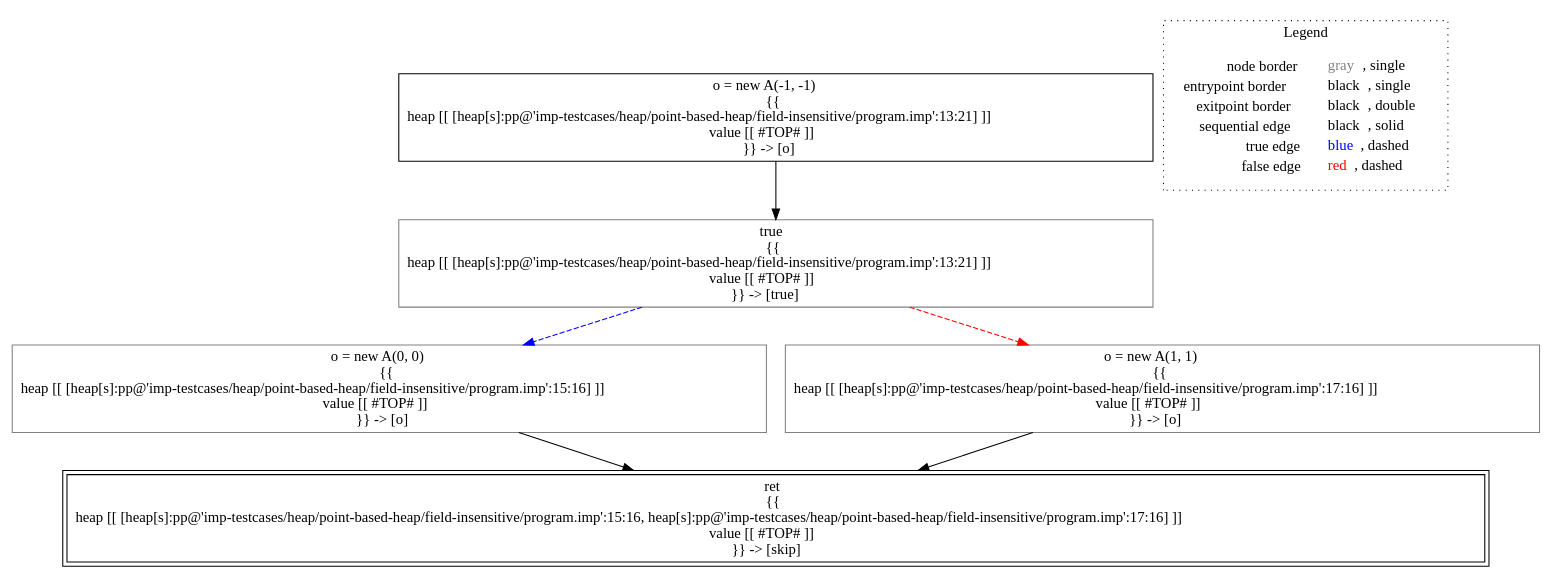
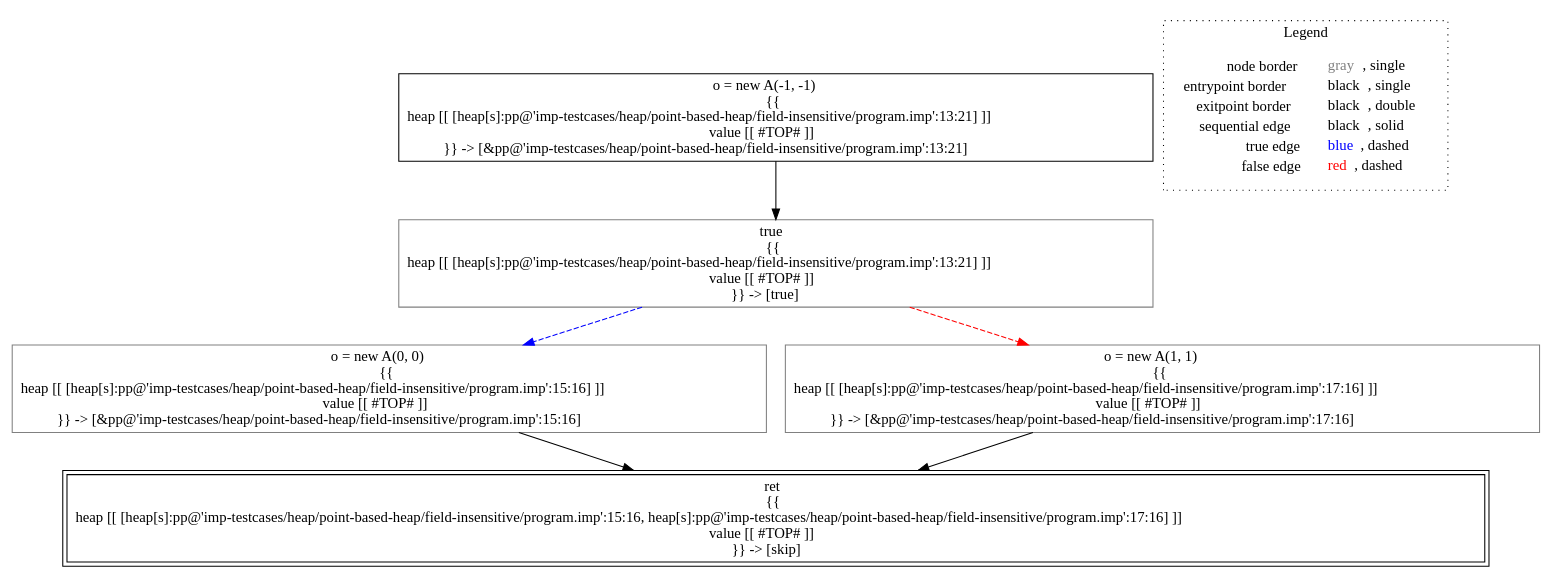
Before and after one commit to lisa-analyzer/lisa: the diagram in lisa/imp-testcases/heap/point-based-heap/field-insensitive/analysis___untyped_A.f2(A_this).dot, drawn with Graphviz. The commit also changed 15 other files, not shown here.

Commit message:
#95 refactoring, simplified point based analysis

```diff
--- a/lisa/imp-testcases/heap/point-based-heap/field-insensitive/analysis___untyped_A.f2(A_this).dot
+++ b/lisa/imp-testcases/heap/point-based-heap/field-insensitive/analysis___untyped_A.f2(A_this).dot
@@ -1,19 +1,19 @@
 digraph {
-	"node0" [shape="rect",color="black",label=<o = new A(-1, -1)<BR/>{{<BR/>heap [[ [heap[s]:pp@'imp-testcases/heap/point-based-heap/field-insensitive/program.imp':13:21] ]]<BR/>value [[ #TOP# ]]<BR/>}} -&gt; [o]>];
-	"node1" [shape="rect",color="gray",label=<true<BR/>{{<BR/>heap [[ [heap[s]:pp@'imp-testcases/heap/point-based-heap/field-insensitive/program.imp':13:21] ]]<BR/>value [[ #TOP# ]]<BR/>}} -&gt; [true]>];
-	"node2" [shape="rect",color="gray",label=<o = new A(0, 0)<BR/>{{<BR/>heap [[ [heap[s]:pp@'imp-testcases/heap/point-based-heap/field-insensitive/program.imp':15:16] ]]<BR/>value [[ #TOP# ]]<BR/>}} -&gt; [o]>];
-	"node3" [shape="rect",color="gray",label=<o = new A(1, 1)<BR/>{{<BR/>heap [[ [heap[s]:pp@'imp-testcases/heap/point-based-heap/field-insensitive/program.imp':17:16] ]]<BR/>value [[ #TOP# ]]<BR/>}} -&gt; [o]>];
-	"node4" [shape="rect",color="black",peripheries="2",label=<ret<BR/>{{<BR/>heap [[ [heap[s]:pp@'imp-testcases/heap/point-based-heap/field-insensitive/program.imp':15:16, heap[s]:pp@'imp-testcases/heap/point-based-heap/field-insensitive/program.imp':17:16] ]]<BR/>value [[ #TOP# ]]<BR/>}} -&gt; [skip]>];
-	"node1" -> "node2" [color="blue",style="dashed"];
-	"node1" -> "node3" [color="red",style="dashed"];
-	"node2" -> "node4" [color="black"];
-	"node0" -> "node1" [color="black"];
-	"node3" -> "node4" [color="black"];
+	"node0" [shape="rect",color="black",label=<o = new A(-1, -1)<BR/>{{<BR/>heap [[ [heap[s]:pp@'imp-testcases/heap/point-based-heap/field-insensitive/program.imp':13:21] ]]<BR/>value [[ #TOP# ]]<BR/>}} -&gt; [&amp;pp@'imp-testcases/heap/point-based-heap/field-insensitive/program.imp':13:21]>];
+	"node1" [shape="rect",color="gray",label=<o = new A(0, 0)<BR/>{{<BR/>heap [[ [heap[s]:pp@'imp-testcases/heap/point-based-heap/field-insensitive/program.imp':15:16] ]]<BR/>value [[ #TOP# ]]<BR/>}} -&gt; [&amp;pp@'imp-testcases/heap/point-based-heap/field-insensitive/program.imp':15:16]>];
+	"node2" [shape="rect",color="gray",label=<true<BR/>{{<BR/>heap [[ [heap[s]:pp@'imp-testcases/heap/point-based-heap/field-insensitive/program.imp':13:21] ]]<BR/>value [[ #TOP# ]]<BR/>}} -&gt; [true]>];
+	"node3" [shape="rect",color="black",peripheries="2",label=<ret<BR/>{{<BR/>heap [[ [heap[s]:pp@'imp-testcases/heap/point-based-heap/field-insensitive/program.imp':15:16, heap[s]:pp@'imp-testcases/heap/point-based-heap/field-insensitive/program.imp':17:16] ]]<BR/>value [[ #TOP# ]]<BR/>}} -&gt; [skip]>];
+	"node4" [shape="rect",color="gray",label=<o = new A(1, 1)<BR/>{{<BR/>heap [[ [heap[s]:pp@'imp-testcases/heap/point-based-heap/field-insensitive/program.imp':17:16] ]]<BR/>value [[ #TOP# ]]<BR/>}} -&gt; [&amp;pp@'imp-testcases/heap/point-based-heap/field-insensitive/program.imp':17:16]>];
+	"node1" -> "node3" [color="black"];
+	"node0" -> "node2" [color="black"];
+	"node2" -> "node1" [color="blue",style="dashed"];
+	"node2" -> "node4" [color="red",style="dashed"];
+	"node4" -> "node3" [color="black"];
 subgraph cluster_legend {
 	label="Legend";
 	style=dotted;
 	node [shape=plaintext];
 	"legend" [label=<<table border="0" cellpadding="2" cellspacing="0" cellborder="0"><tr><td align="right">node border&nbsp;</td><td align="left"><font color="gray">gray</font>, single</td></tr><tr><td align="right">entrypoint border&nbsp;</td><td align="left"><font color="black">black</font>, single</td></tr><tr><td align="right">exitpoint border&nbsp;</td><td align="left"><font color="black">black</font>, double</td></tr><tr><td align="right">sequential edge&nbsp;</td><td align="left"><font color="black">black</font>, solid</td></tr><tr><td align="right">true edge&nbsp;</td><td align="left"><font color="blue">blue</font>, dashed</td></tr><tr><td align="right">false edge&nbsp;</td><td align="left"><font color="red">red</font>, dashed</td></tr></table>>];
 }
 
 }
```
